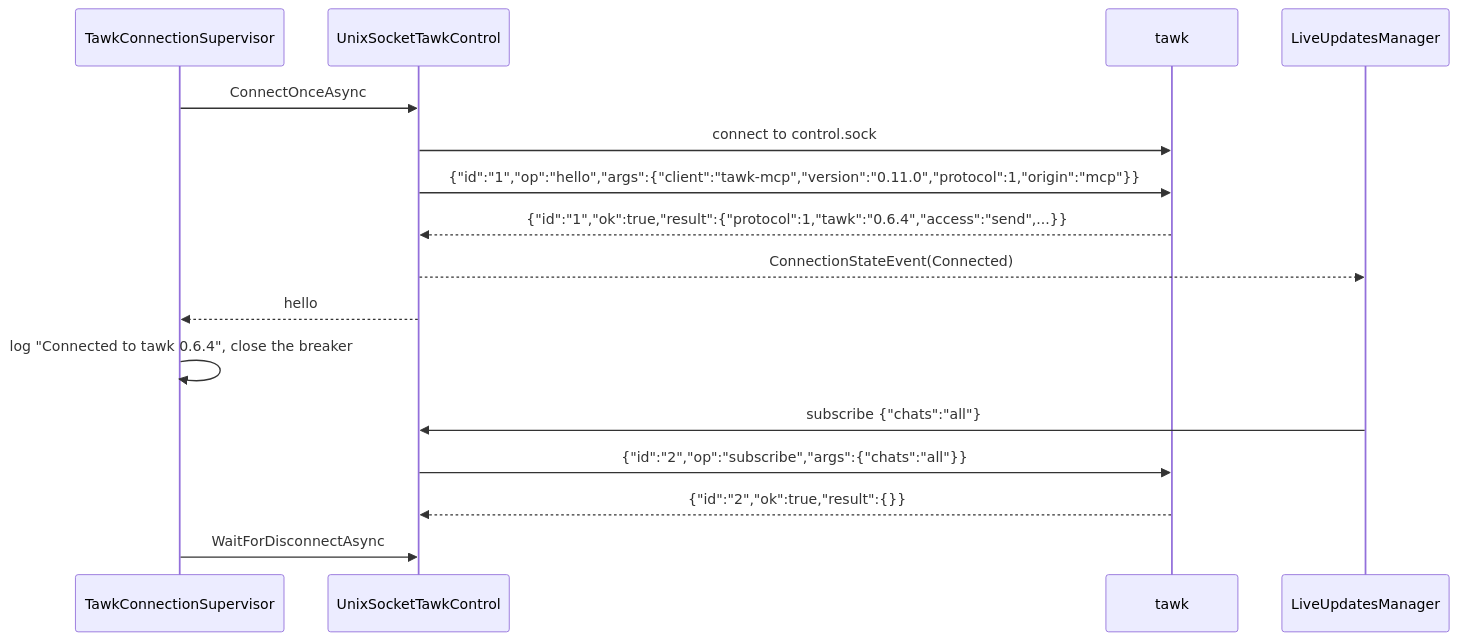
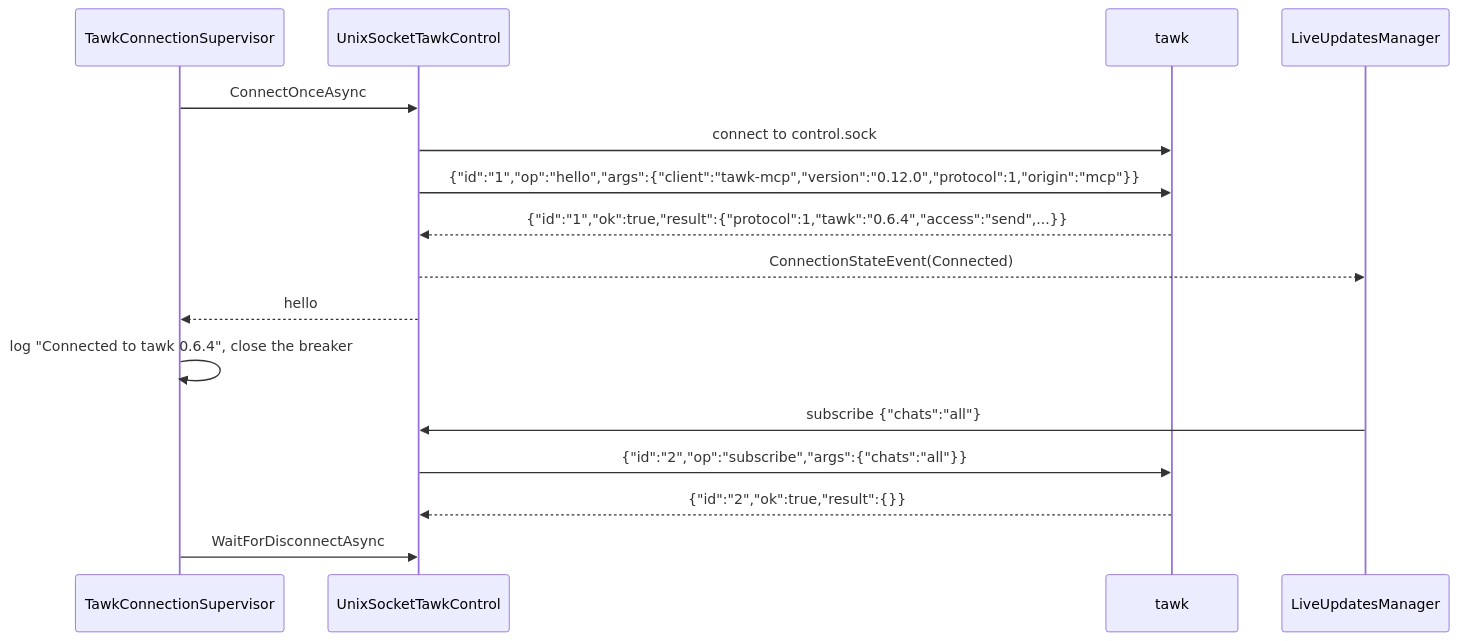
Before and after one commit to loganventer/Corvus.Mcp.Server.Tawk: the first of 14 diagrams in HOW_IT_WORKS.md, drawn with Mermaid. The commit also changed 18 other files, not shown here.

````diff
--- a/HOW_IT_WORKS.md
+++ b/HOW_IT_WORKS.md
@@ -31,19 +31,19 @@
 ```mermaid
 sequenceDiagram
     participant S as TawkConnectionSupervisor
     participant C as UnixSocketTawkControl
     participant T as tawk
     participant L as LiveUpdatesManager
 
     S->>C: ConnectOnceAsync
     C->>T: connect to control.sock
-    C->>T: {"id":"1","op":"hello","args":{"client":"tawk-mcp","version":"0.11.0","protocol":1,"origin":"mcp"}}
+    C->>T: {"id":"1","op":"hello","args":{"client":"tawk-mcp","version":"0.12.0","protocol":1,"origin":"mcp"}}
     T-->>C: {"id":"1","ok":true,"result":{"protocol":1,"tawk":"0.6.4","access":"send",...}}
     C-->>L: ConnectionStateEvent(Connected)
     C-->>S: hello
     S->>S: log "Connected to tawk 0.6.4", close the breaker
     L->>C: subscribe {"chats":"all"}
     C->>T: {"id":"2","op":"subscribe","args":{"chats":"all"}}
     T-->>C: {"id":"2","ok":true,"result":{}}
     S->>C: WaitForDisconnectAsync
 ```
````
